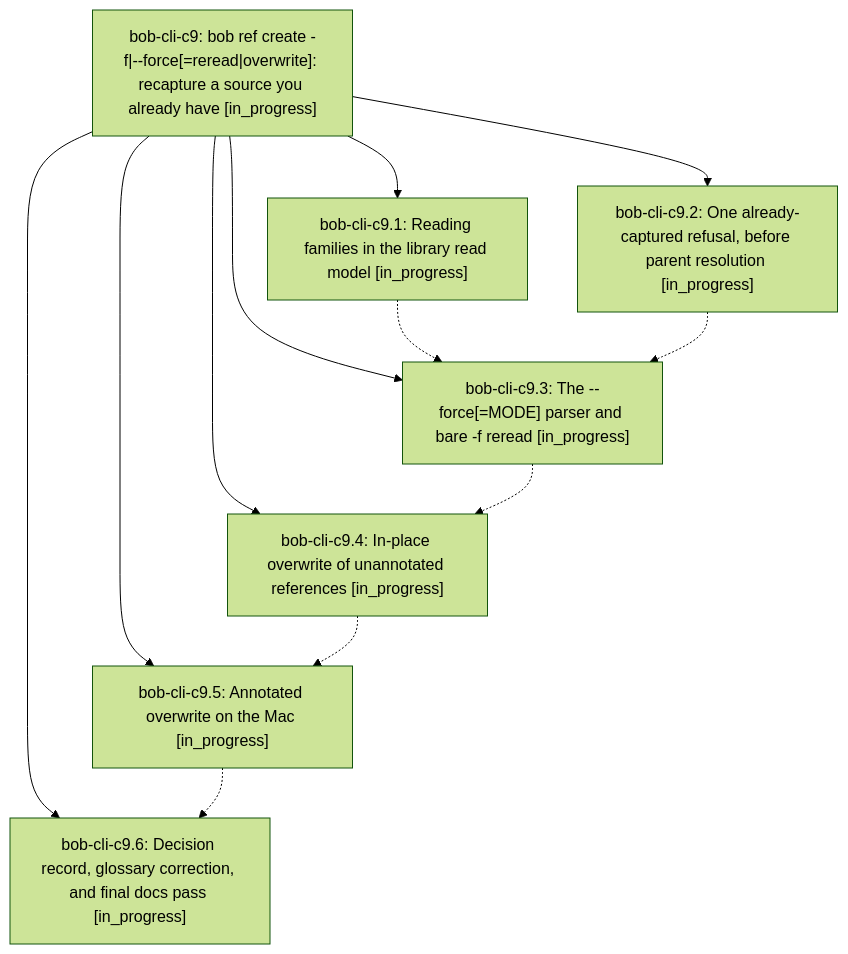
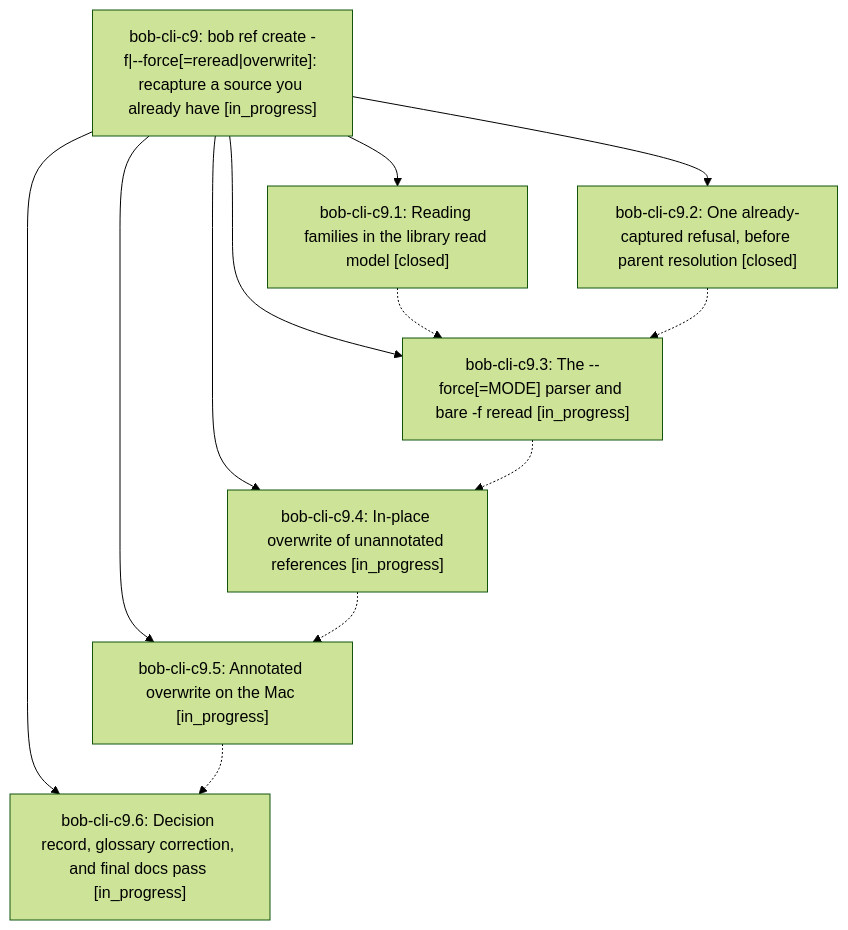
The diagram in pages/bob-cli-c9/README.md (bobs-org/bob-cli--beads), drawn with Mermaid (forest theme) before and after one commit. The commit also changed other lines of this file and 3 other files, not shown here.

First line of the commit message:
chore(beads): sync bead state and pages for bob-cli-c9

````diff
--- a/pages/bob-cli-c9/README.md
+++ b/pages/bob-cli-c9/README.md
@@ -39,21 +41,21 @@
 ```mermaid
 flowchart TD
     n0["bob-cli-c9: bob ref create -f|--force[=reread|overwrite]: recapture a source you already have [in_progress]"]
-    n1["bob-cli-c9.1: Reading families in the library read model [in_progress]"]
-    n2["bob-cli-c9.2: One already-captured refusal, before parent resolution [in_progress]"]
+    n1["bob-cli-c9.1: Reading families in the library read model [closed]"]
+    n2["bob-cli-c9.2: One already-captured refusal, before parent resolution [closed]"]
     n3["bob-cli-c9.3: The --force[=MODE] parser and bare -f reread [in_progress]"]
     n4["bob-cli-c9.4: In-place overwrite of unannotated references [in_progress]"]
     n5["bob-cli-c9.5: Annotated overwrite on the Mac [in_progress]"]
     n6["bob-cli-c9.6: Decision record, glossary correction, and final docs pass [in_progress]"]
     n0 --> n1
     n0 --> n2
     n0 --> n3
     n0 --> n4
     n0 --> n5
     n0 --> n6
     n1 -.-> n3
     n2 -.-> n3
     n3 -.-> n4
     n4 -.-> n5
     n5 -.-> n6
 ```
````
